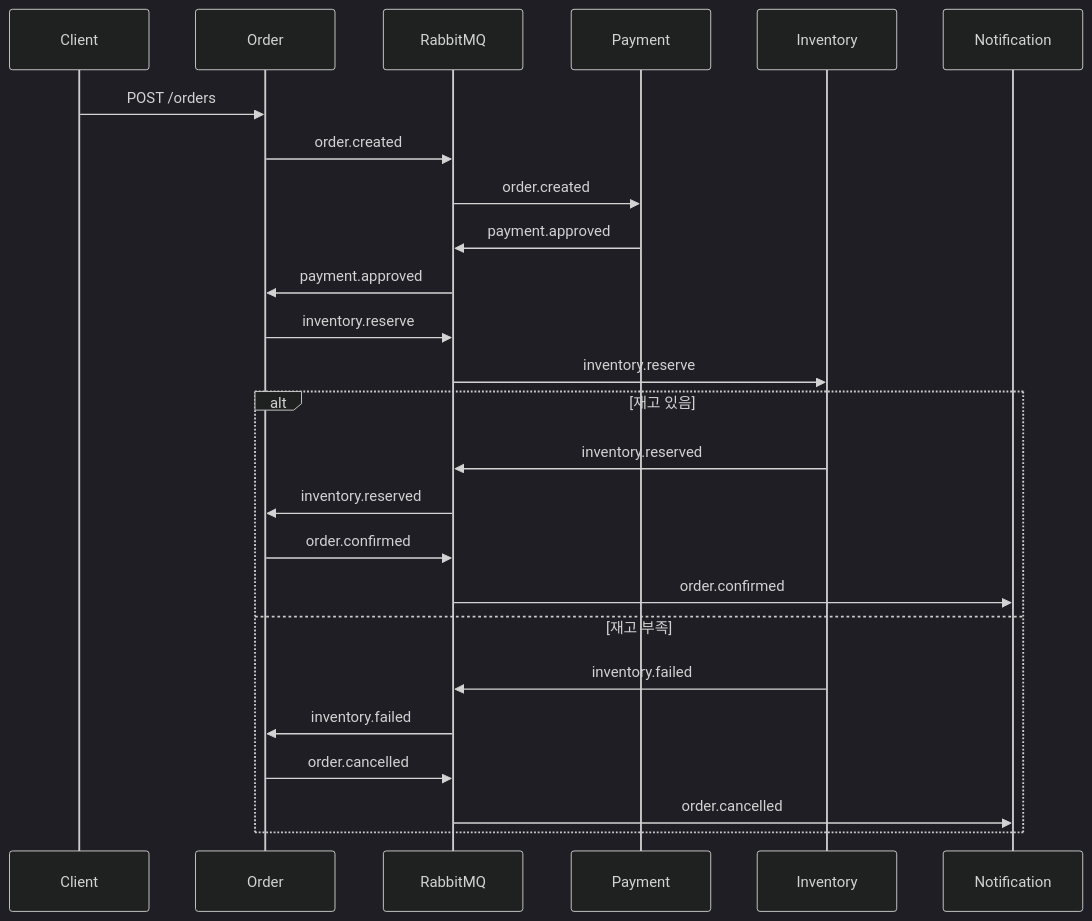
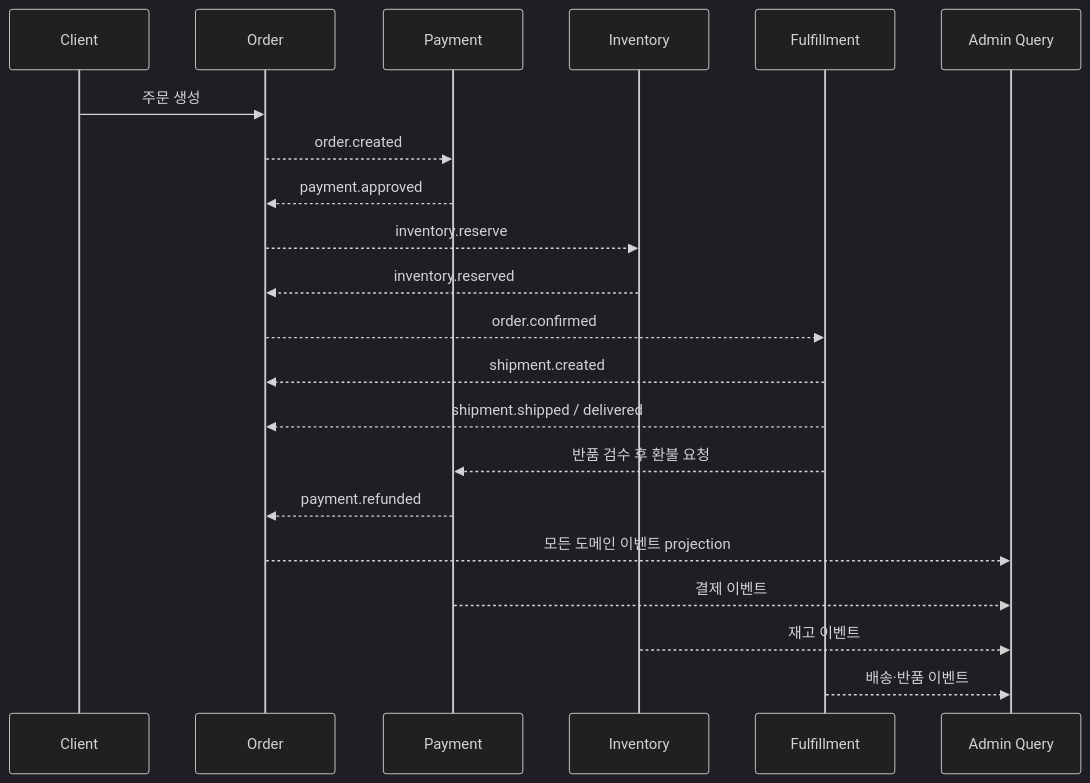
Before and after one commit to lulupang2/ecommerce: the second of 2 diagrams in docs/ARCHITECTURE.md, drawn with Mermaid (dark theme). The commit also changed other lines of this file and 39 other files, not shown here.

````diff
--- a/docs/ARCHITECTURE.md
+++ b/docs/ARCHITECTURE.md
@@ -41,27 +40,23 @@
 ```mermaid
 sequenceDiagram
-  participant Client
-  participant Order
-  participant Bus as RabbitMQ
-  participant Payment
-  participant Inventory
-  participant Notification
-  Client->>Order: POST /orders
-  Order->>Bus: order.created
-  Bus->>Payment: order.created
-  Payment->>Bus: payment.approved
-  Bus->>Order: payment.approved
-  Order->>Bus: inventory.reserve
-  Bus->>Inventory: inventory.reserve
-  alt 재고 있음
-    Inventory->>Bus: inventory.reserved
-    Bus->>Order: inventory.reserved
-    Order->>Bus: order.confirmed
-    Bus->>Notification: order.confirmed
-  else 재고 부족
-    Inventory->>Bus: inventory.failed
-    Bus->>Order: inventory.failed
-    Order->>Bus: order.cancelled
-    Bus->>Notification: order.cancelled
-  end
+  participant C as Client
+  participant O as Order
+  participant P as Payment
+  participant I as Inventory
+  participant F as Fulfillment
+  participant A as Admin Query
+  C->>O: 주문 생성
+  O-->>P: order.created
+  P-->>O: payment.approved
+  O-->>I: inventory.reserve
+  I-->>O: inventory.reserved
+  O-->>F: order.confirmed
+  F-->>O: shipment.created
+  F-->>O: shipment.shipped / delivered
+  F-->>P: 반품 검수 후 환불 요청
+  P-->>O: payment.refunded
+  O-->>A: 모든 도메인 이벤트 projection
+  P-->>A: 결제 이벤트
+  I-->>A: 재고 이벤트
+  F-->>A: 배송·반품 이벤트
 ```
````
